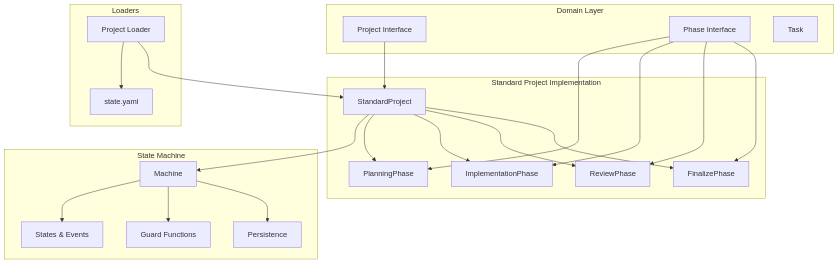
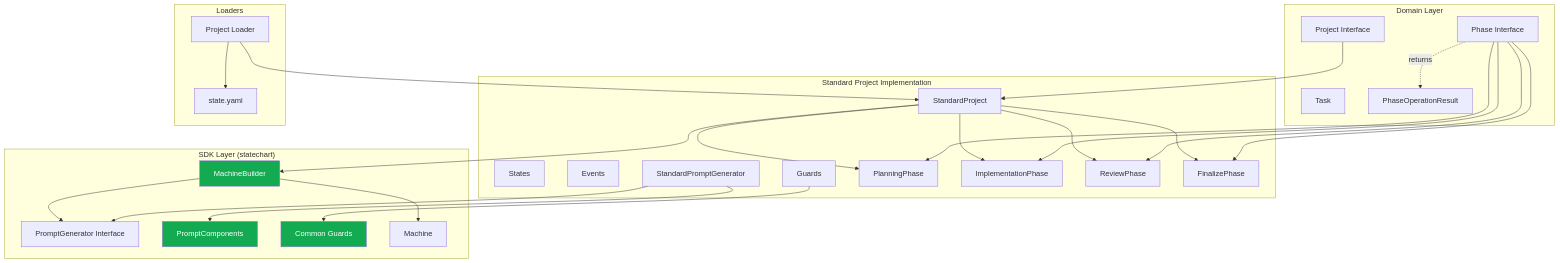
One commit to jmgilman/sow changed the third of 5 diagrams in docs/architecture/05-building-blocks.md. Above: the diagram before and after it, drawn with Mermaid. The commit also changed other lines of this file and 62 other files, not shown here.

````diff
--- a/docs/architecture/05-building-blocks.md
+++ b/docs/architecture/05-building-blocks.md
@@ -177,47 +177,61 @@
 ```mermaid
 graph TB
     subgraph "Domain Layer"
         ProjectIF[Project Interface]
         PhaseIF[Phase Interface]
         TaskIF[Task]
+        ResultIF[PhaseOperationResult]
+    end
+
+    subgraph "SDK Layer (statechart)"
+        Builder[MachineBuilder]
+        PromptGenIF[PromptGenerator Interface]
+        Components[PromptComponents]
+        CommonGuards[Common Guards]
+        Machine[Machine]
     end
 
     subgraph "Standard Project Implementation"
         StdProj[StandardProject]
+        StdStates[States]
+        StdEvents[Events]
+        StdGuards[Guards]
+        StdPrompts[StandardPromptGenerator]
         Planning[PlanningPhase]
         Impl[ImplementationPhase]
         Review[ReviewPhase]
         Finalize[FinalizePhase]
-    end
-
-    subgraph "State Machine"
-        Machine[Machine]
-        States[States & Events]
-        Guards[Guard Functions]
-        Persistence[Persistence]
     end
 
     subgraph "Loaders"
         Loader[Project Loader]
         StateFile[state.yaml]
     end
 
     ProjectIF --> StdProj
     PhaseIF --> Planning
     PhaseIF --> Impl
     PhaseIF --> Review
     PhaseIF --> Finalize
+    PhaseIF -.returns.-> ResultIF
 
-    StdProj --> Machine
+    StdProj --> Builder
     StdProj --> Planning
     StdProj --> Impl
     StdProj --> Review
     StdProj --> Finalize
 
-    Machine --> States
-    Machine --> Guards
-    Machine --> Persistence
+    StdPrompts --> PromptGenIF
+    StdPrompts --> Components
+    StdGuards --> CommonGuards
+
+    Builder --> Machine
+    Builder --> PromptGenIF
 
     Loader --> StateFile
     Loader --> StdProj
+
+    style Builder fill:#13aa52,color:#fff
+    style Components fill:#13aa52,color:#fff
+    style CommonGuards fill:#13aa52,color:#fff
 ```
````
